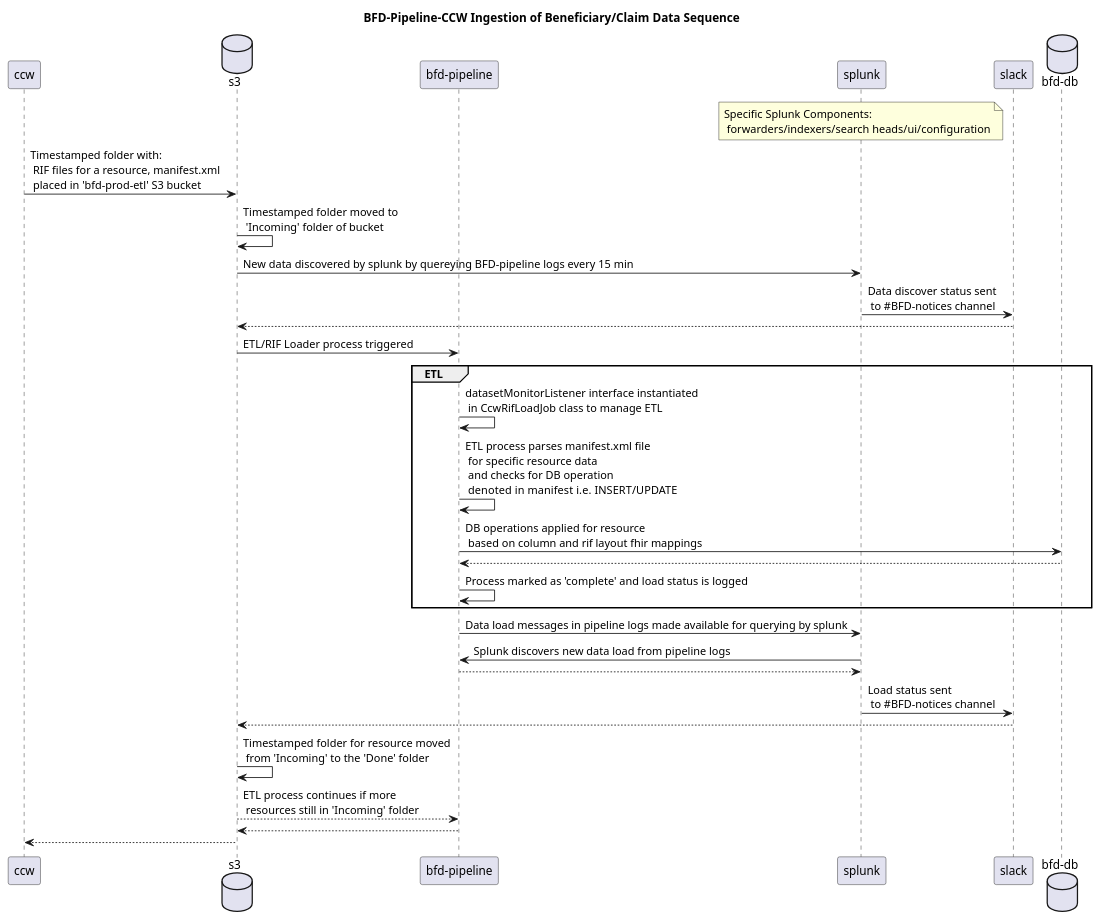
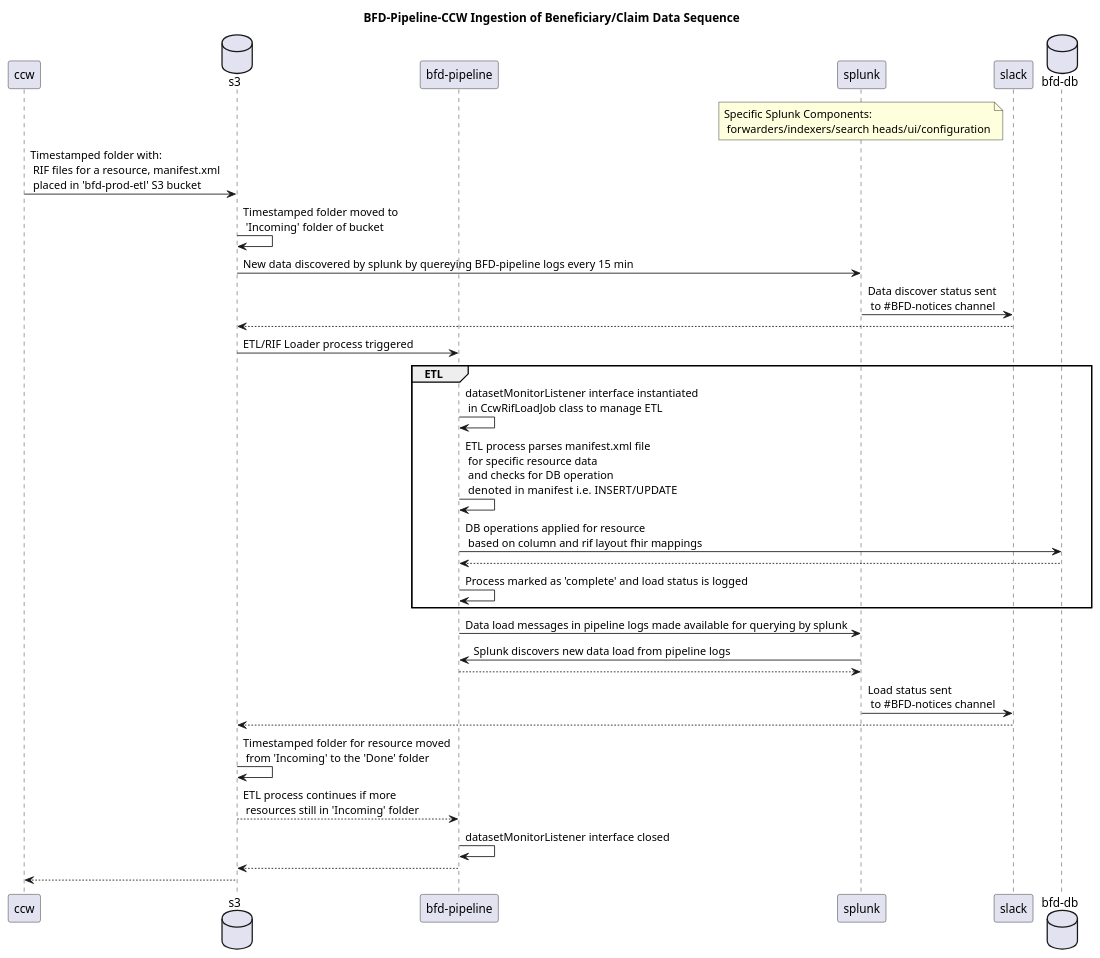
One commit to CMSgov/beneficiary-fhir-data changed the diagram in docs/assets/fhir-resource-ingestion-digestion-diagrams/bfd-pipeline-ccw-ingestion.plantuml. Above: the diagram before and after it, drawn with PlantUML. The commit also changed 5 other files, not shown here.

Commit message:
update ccw diagram

```diff
--- a/docs/assets/fhir-resource-ingestion-digestion-diagrams/bfd-pipeline-ccw-ingestion.plantuml
+++ b/docs/assets/fhir-resource-ingestion-digestion-diagrams/bfd-pipeline-ccw-ingestion.plantuml
@@ -1,32 +1,33 @@
 @startuml
 title BFD-Pipeline-CCW Ingestion of Beneficiary/Claim Data Sequence
 participant ccw
 database s3
 participant "bfd-pipeline"
 participant splunk
 note over splunk: Specific Splunk Components: \n forwarders/indexers/search heads/ui/configuration
 participant slack
 database "bfd-db"
 ccw -> s3: Timestamped folder with: \n RIF files for a resource, manifest.xml \n placed in 'bfd-prod-etl' S3 bucket  
 s3 -> s3: Timestamped folder moved to \n 'Incoming' folder of bucket
 s3 -> splunk: New data discovered by splunk by quereying BFD-pipeline logs every 15 min
 splunk -> slack: Data discover status sent \n to #BFD-notices channel
 slack --> s3
 s3 -> "bfd-pipeline": ETL/RIF Loader process triggered 
 group ETL
 "bfd-pipeline" -> "bfd-pipeline": datasetMonitorListener interface instantiated \n in CcwRifLoadJob class to manage ETL
 "bfd-pipeline" -> "bfd-pipeline": ETL process parses manifest.xml file \n for specific resource data \n and checks for DB operation \n denoted  in manifest i.e. INSERT/UPDATE
 "bfd-pipeline" -> "bfd-db": DB operations applied for resource \n based on column and rif layout fhir mappings
 "bfd-db" --> "bfd-pipeline"
 "bfd-pipeline" -> "bfd-pipeline": Process marked as 'complete' and load status is logged
 end
 "bfd-pipeline" -> splunk: Data load messages in pipeline logs made available for querying by splunk
 splunk -> "bfd-pipeline": Splunk discovers new data load from pipeline logs
 "bfd-pipeline" --> splunk
 splunk -> slack: Load status sent \n to #BFD-notices channel
 slack --> s3
 s3 -> s3: Timestamped folder for resource moved \n from 'Incoming' to the 'Done' folder
 s3 --> "bfd-pipeline": ETL process continues if more \n resources still in 'Incoming' folder
+"bfd-pipeline" -> "bfd-pipeline": datasetMonitorListener interface closed
 "bfd-pipeline" --> s3
 s3--> ccw
 @enduml
```
